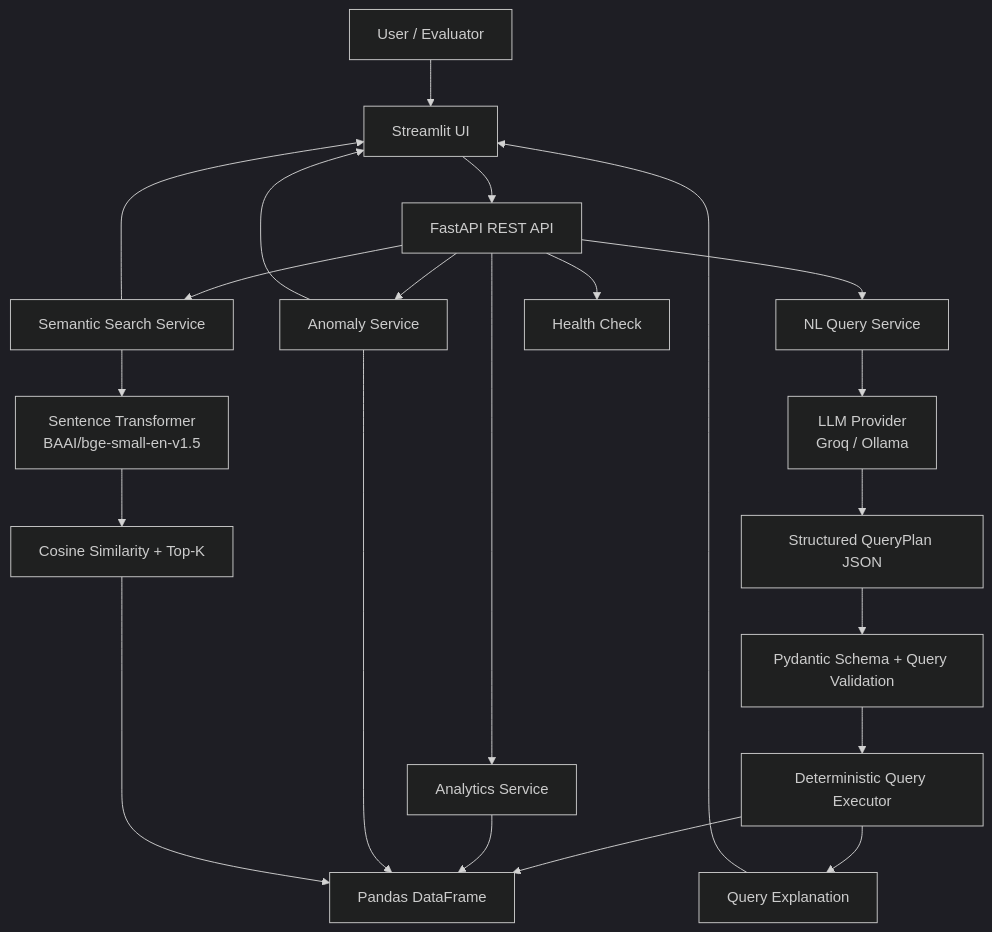
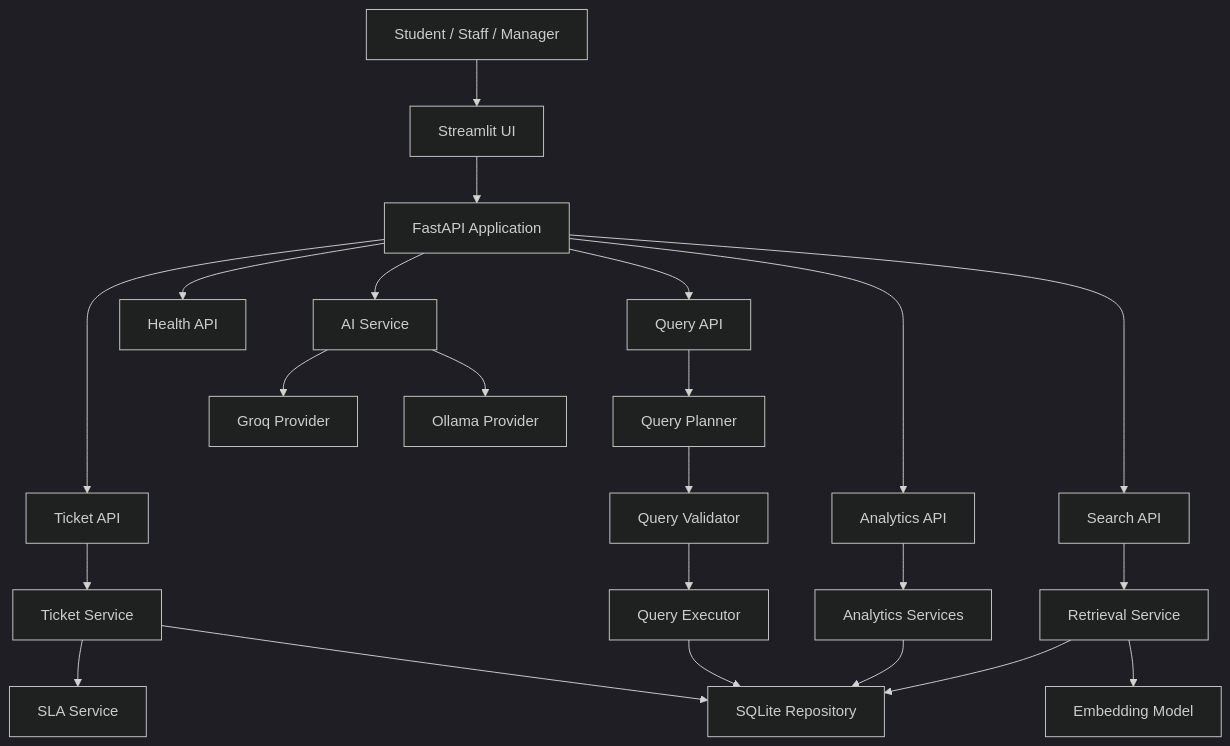
One commit to sarthak-engineer/edusupport-ai changed the diagram in README.md. Above: the diagram before and after it, drawn with Mermaid (dark theme). The commit also changed other lines of this file and 41 other files, not shown here.

````diff
--- a/README.md
+++ b/README.md
@@ -58,31 +419,32 @@
 ```mermaid
 flowchart TD
-    U[User / Evaluator] --> UI[Streamlit UI]
+    A[Student / Staff / Manager] --> B[Streamlit UI]
+    B --> C[FastAPI Application]
 
-    UI --> API[FastAPI REST API]
+    C --> D[Ticket API]
+    C --> E[Analytics API]
+    C --> F[Query API]
+    C --> G[Search API]
+    C --> H[Health API]
 
-    API --> Q[NL Query Service]
-    API --> A[Analytics Service]
-    API --> AN[Anomaly Service]
-    API --> S[Semantic Search Service]
-    API --> H[Health Check]
+    D --> I[Ticket Service]
+    I --> J[SLA Service]
+    I --> K[SQLite Repository]
 
-    Q --> LLM[LLM Provider\nGroq / Ollama]
-    LLM --> PLAN[Structured QueryPlan JSON]
+    E --> L[Analytics Services]
+    F --> M[Query Planner]
+    M --> N[Query Validator]
+    N --> O[Query Executor]
 
-    PLAN --> VAL[Pydantic Schema + Query Validation]
-    VAL --> EXEC[Deterministic Query Executor]
-    EXEC --> DATA[Pandas DataFrame]
+    C --> P[AI Service]
 
-    A --> DATA
-    AN --> DATA
+    P --> Q[Groq Provider]
+    P --> R[Ollama Provider]
 
-    S --> EMB[Sentence Transformer\nBAAI/bge-small-en-v1.5]
-    EMB --> SIM[Cosine Similarity + Top-K]
-    SIM --> DATA
+    G --> S[Retrieval Service]
+    S --> T[Embedding Model]
 
-    EXEC --> EXP[Query Explanation]
-    EXP --> UI
-    AN --> UI
-    S --> UI
+    O --> K
+    L --> K
+    S --> K
 ```
````
